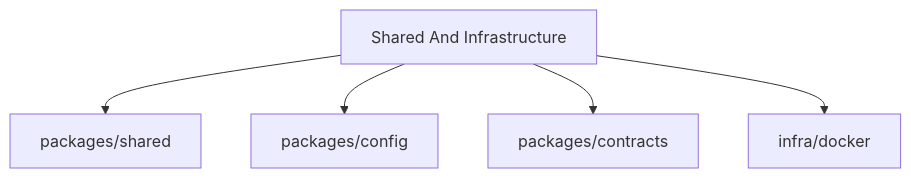
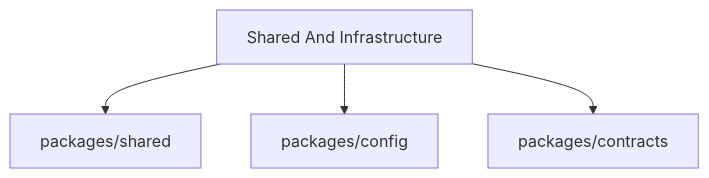
The sixth of 6 diagrams in docs/architecture.md (KAlr03/blockchain), drawn with Mermaid before and after one commit. The commit also changed other lines of this file, not shown here.

````diff
--- a/docs/architecture.md
+++ b/docs/architecture.md
@@ -91,8 +89,7 @@
 ```mermaid
 flowchart TD
     support["Shared And Infrastructure"]
     support --> shared["packages/shared"]
     support --> config["packages/config"]
     support --> contracts["packages/contracts"]
-    support --> infra["infra/docker"]
 ```
````
